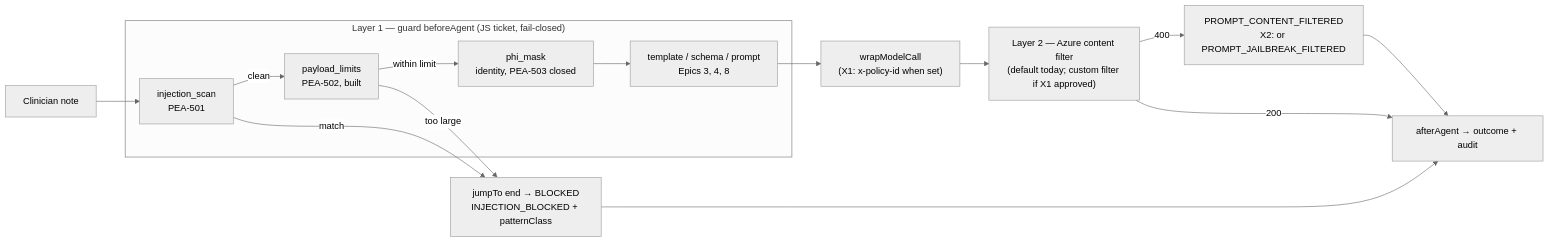
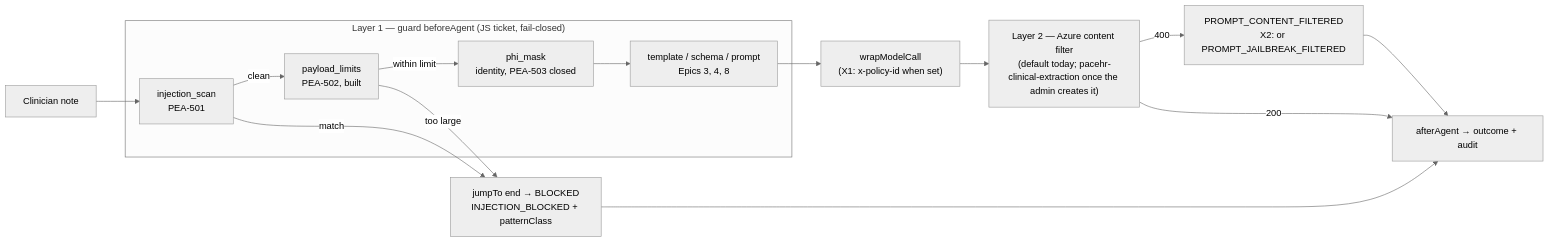
One commit to hemsingh-3PG/sai-systems-AIRE changed the diagram in dev-stories/Work-In-Progress/Epic-05/README.md. Above: the diagram before and after it, drawn with Mermaid (neutral theme). The commit also changed other lines of this file and 10 other files, not shown here.

````diff
--- a/dev-stories/Work-In-Progress/Epic-05/README.md
+++ b/dev-stories/Work-In-Progress/Epic-05/README.md
@@ -65,17 +67,17 @@
 ```mermaid
 flowchart LR
     N[Clinician note] --> S1
     subgraph OUR["Layer 1 — guard beforeAgent (JS ticket, fail-closed)"]
       S1[injection_scan<br/>PEA-501] -->|clean| S2[payload_limits<br/>PEA-502, built]
       S2 -->|within limit| S3[phi_mask<br/>identity, PEA-503 closed]
       S3 --> S4[template / schema / prompt<br/>Epics 3, 4, 8]
     end
     S4 --> MC["wrapModelCall<br/>(X1: x-policy-id when set)"]
-    MC --> AZ["Layer 2 — Azure content filter<br/>(default today; custom filter if X1 approved)"]
+    MC --> AZ["Layer 2 — Azure content filter<br/>(default today; pacehr-clinical-extraction once the admin creates it)"]
     AZ -->|400| F[PROMPT_CONTENT_FILTERED<br/>X2: or PROMPT_JAILBREAK_FILTERED]
     AZ -->|200| OUT[afterAgent → outcome + audit]
     S1 -->|match| B[jumpTo end → BLOCKED<br/>INJECTION_BLOCKED + patternClass]
     S2 -->|too large| B
     F --> OUT
     B --> OUT
 ```
````
